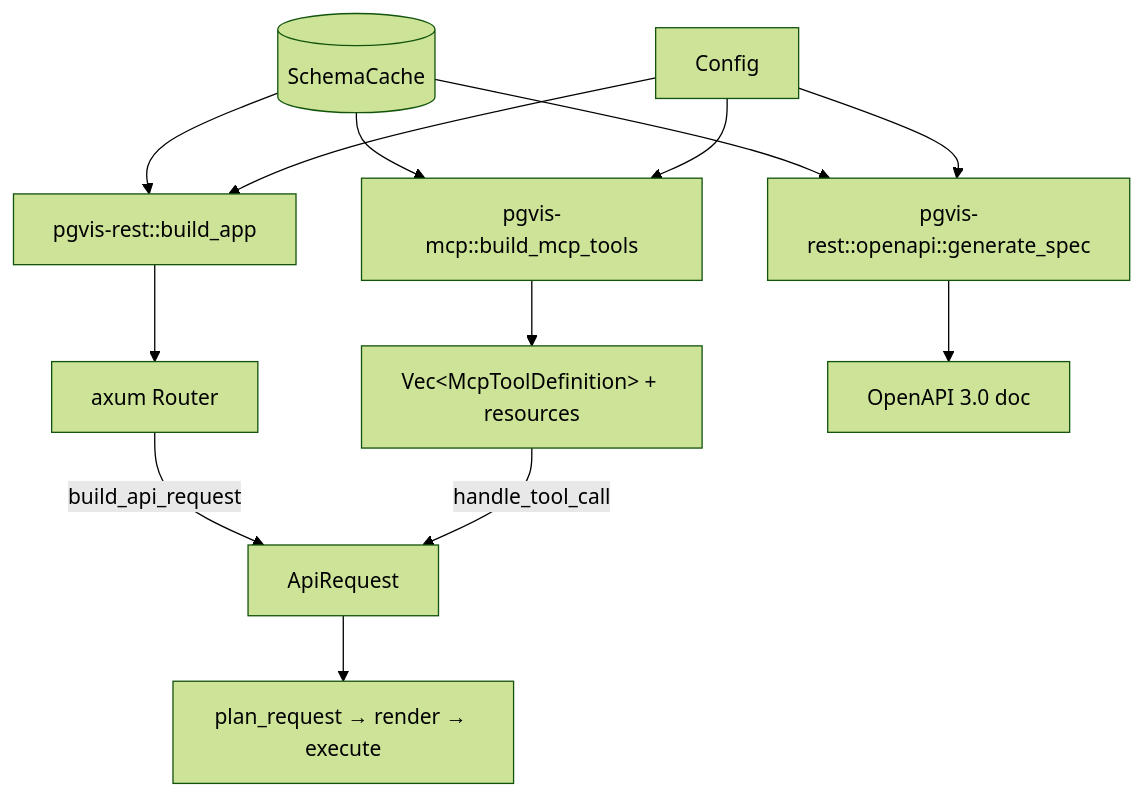
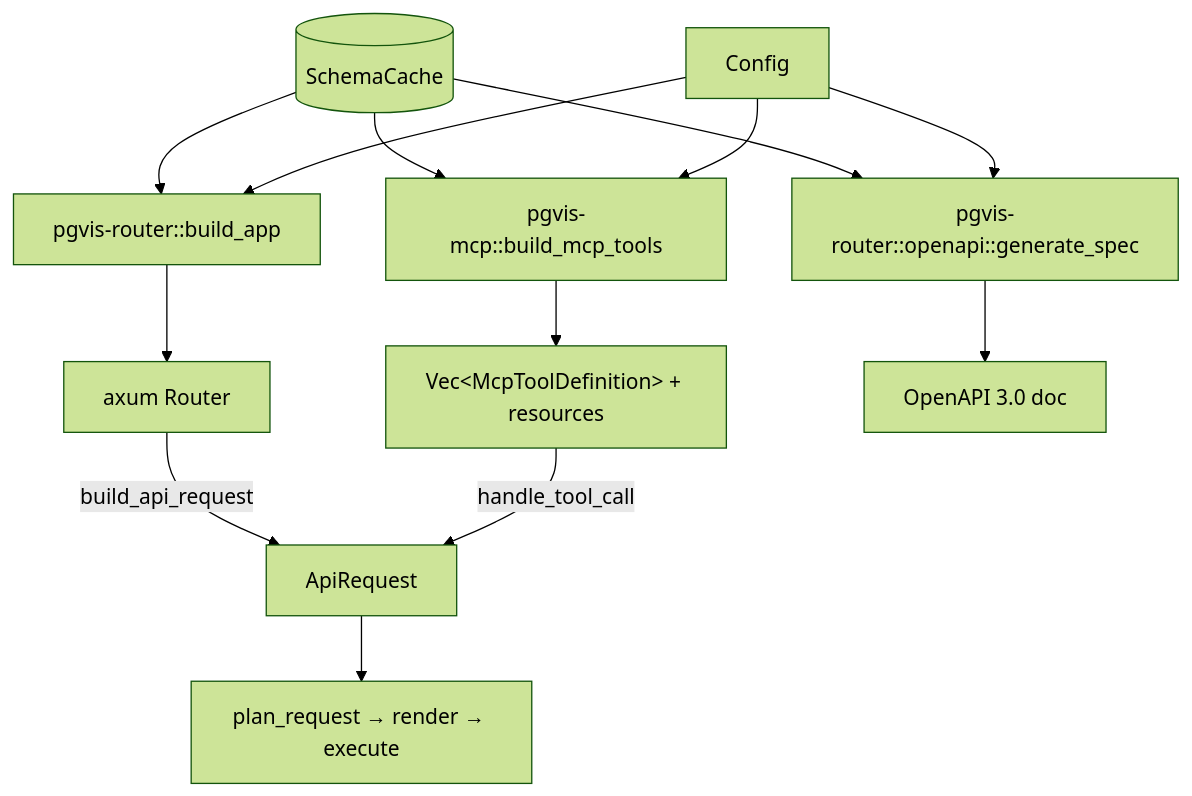
One commit to storyvis/pgvis changed the diagram in arch/04-surfaces.md. Above: the diagram before and after it, drawn with Mermaid (forest theme). The commit also changed other lines of this file and 8 other files, not shown here.

First line of the commit message:
docs(arch): sync architecture docs with current code

````diff
--- a/arch/04-surfaces.md
+++ b/arch/04-surfaces.md
@@ -9,17 +9,17 @@
 ```mermaid
 flowchart TD
-    SC[(SchemaCache)] --> RB[pgvis-rest::build_app]
+    SC[(SchemaCache)] --> RB[pgvis-router::build_app]
     SC --> MB[pgvis-mcp::build_mcp_tools]
-    SC --> OA[pgvis-rest::openapi::generate_spec]
+    SC --> OA[pgvis-router::openapi::generate_spec]
     CFG[Config] --> RB
     CFG --> MB
     CFG --> OA
 
     RB --> ROUTER[axum Router]
     MB --> TOOLS["Vec&lt;McpToolDefinition&gt; + resources"]
     OA --> SPEC[OpenAPI 3.0 doc]
 
     ROUTER -->|build_api_request| AR[ApiRequest]
     TOOLS -->|handle_tool_call| AR
     AR --> PIPE["plan_request → render → execute"]
 ```
````
